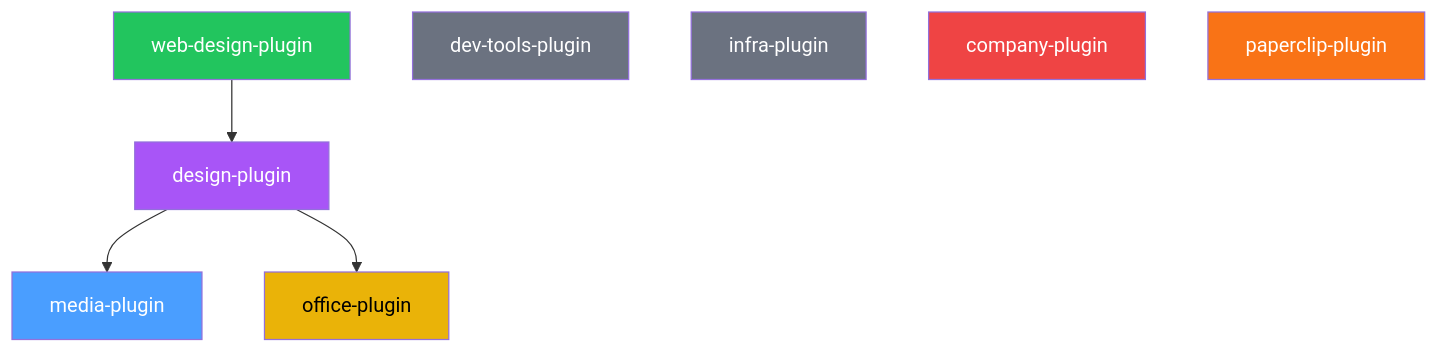
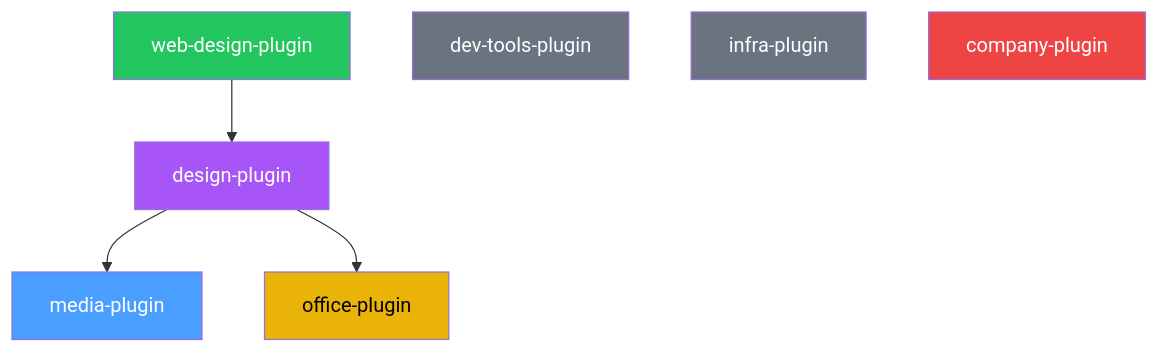
The diagram in README.md (lukaskellerstein/claude-my-marketplace), drawn with Mermaid before and after one commit. The commit also changed other lines of this file and 19 other files, not shown here.

````diff
--- a/README.md
+++ b/README.md
@@ -77,19 +69,17 @@
 ```mermaid
 graph TD
     webdesign[web-design-plugin] --> design[design-plugin]
     design --> media[media-plugin]
     design --> office[office-plugin]
     dev[dev-tools-plugin]
     infra[infra-plugin]
     company[company-plugin]
-    paperclip[paperclip-plugin]
 
     style media fill:#4a9eff,color:#fff
     style design fill:#a855f7,color:#fff
     style webdesign fill:#22c55e,color:#fff
     style office fill:#eab308,color:#000
     style dev fill:#6b7280,color:#fff
     style infra fill:#6b7280,color:#fff
     style company fill:#ef4444,color:#fff
-    style paperclip fill:#f97316,color:#fff
 ```
````
